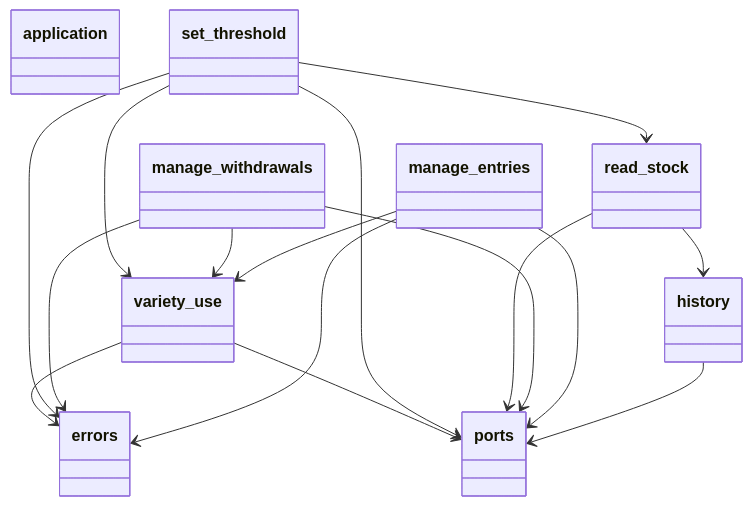
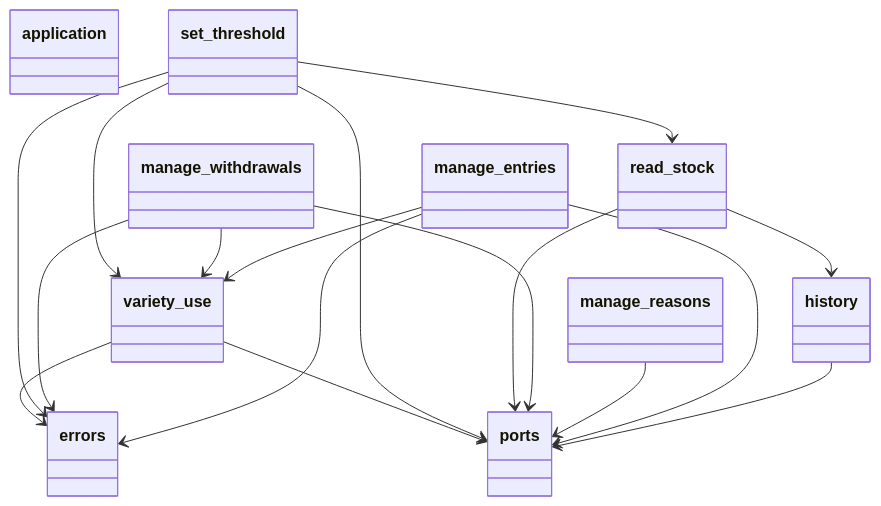
One commit to GonzaloZevallos/apostrophe changed the second of 6 diagrams in docs/architecture/generated/classes/stock.md. Above: the diagram before and after it, drawn with Mermaid. The commit also changed other lines of this file and 17 other files, not shown here.

````diff
--- a/docs/architecture/generated/classes/stock.md
+++ b/docs/architecture/generated/classes/stock.md
@@ -47,36 +49,39 @@
 ```mermaid
 classDiagram
   class application {
   }
   class errors {
   }
   class history {
   }
   class manage_entries {
+  }
+  class manage_reasons {
   }
   class manage_withdrawals {
   }
   class ports {
   }
   class read_stock {
   }
   class set_threshold {
   }
   class variety_use {
   }
   history --> ports
   manage_entries --> errors
   manage_entries --> ports
   manage_entries --> variety_use
+  manage_reasons --> ports
   manage_withdrawals --> errors
   manage_withdrawals --> ports
   manage_withdrawals --> variety_use
   read_stock --> history
   read_stock --> ports
   set_threshold --> errors
   set_threshold --> ports
   set_threshold --> read_stock
   set_threshold --> variety_use
   variety_use --> errors
   variety_use --> ports
 ```
````
